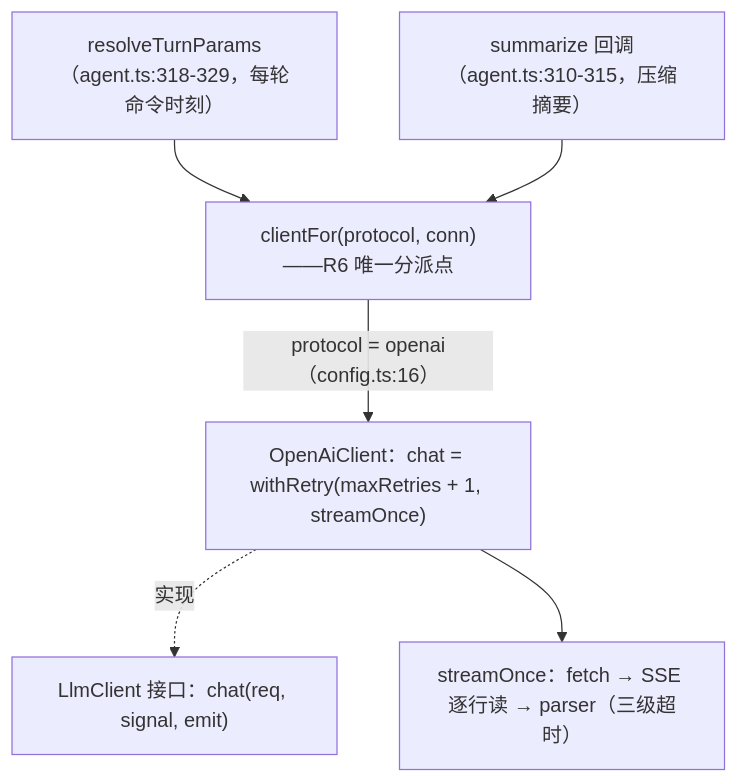
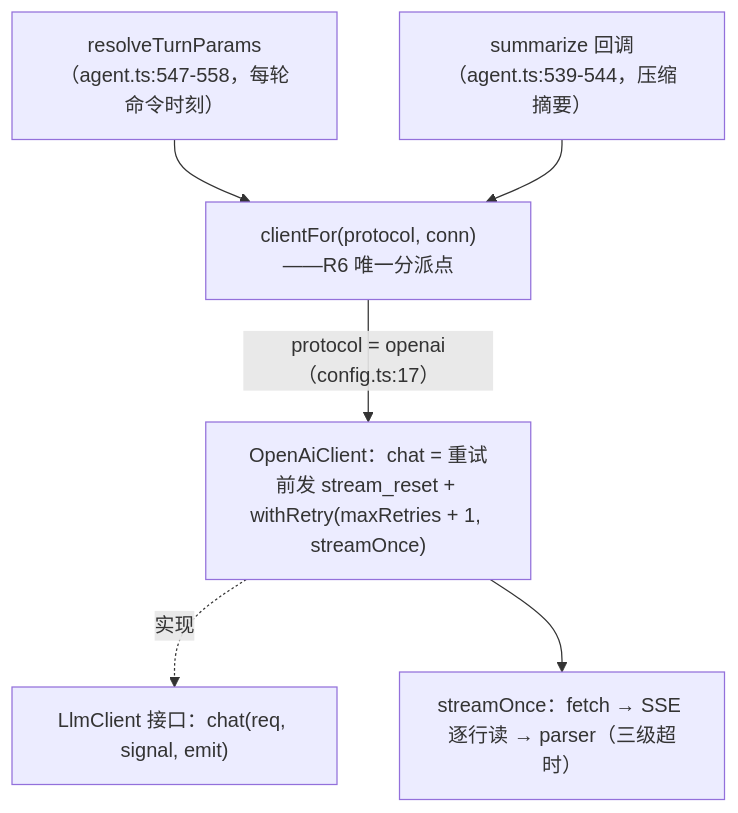
The first of 3 diagrams in docs/versions/0.2/02-设计实现/03-LLM接入层.md (Doggez1G/DogEggAgent), drawn with Mermaid before and after one commit. The commit also changed other lines of this file and 39 other files, not shown here.

````diff
--- a/docs/versions/0.2/02-设计实现/03-LLM接入层.md
+++ b/docs/versions/0.2/02-设计实现/03-LLM接入层.md
@@ -108,14 +111,14 @@
 ```mermaid
 flowchart TD
-  RP["resolveTurnParams（agent.ts:318-329，每轮命令时刻）"]
-  SC["summarize 回调（agent.ts:310-315，压缩摘要）"]
+  RP["resolveTurnParams（agent.ts:547-558，每轮命令时刻）"]
+  SC["summarize 回调（agent.ts:539-544，压缩摘要）"]
   CF["clientFor(protocol, conn)——R6 唯一分派点"]
-  OC["OpenAiClient：chat = withRetry(maxRetries + 1, streamOnce)"]
+  OC["OpenAiClient：chat = 重试前发 stream_reset + withRetry(maxRetries + 1, streamOnce)"]
   IF["LlmClient 接口：chat(req, signal, emit)"]
   SO["streamOnce：fetch → SSE 逐行读 → parser（三级超时）"]
   RP --> CF
   SC --> CF
-  CF -- "protocol = openai（config.ts:16）" --> OC
+  CF -- "protocol = openai（config.ts:17）" --> OC
   OC -.实现.-> IF
   OC --> SO
 ```
````
